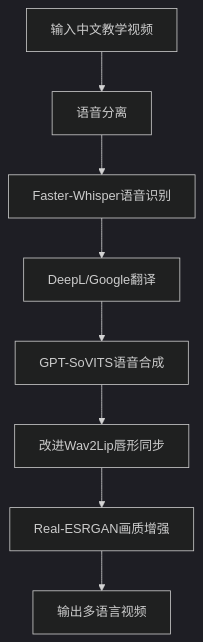
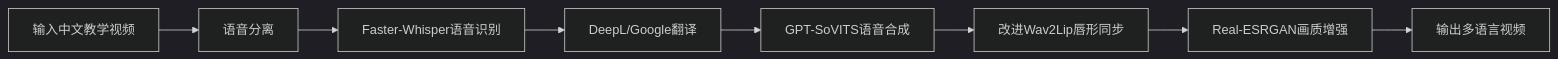
The diagram in README.md (WZH5127/MLVS), drawn with Mermaid (dark theme) before and after one commit.

````diff
--- a/README.md
+++ b/README.md
@@ -16,10 +16,10 @@
 ```mermaid
-graph TD
+graph LR
     A[输入中文教学视频] --> B[语音分离]
     B --> C[Faster-Whisper语音识别]
     C --> D[DeepL/Google翻译]
     D --> E[GPT-SoVITS语音合成]
     E --> F[改进Wav2Lip唇形同步]
     F --> G[Real-ESRGAN画质增强]
     G --> H[输出多语言视频]
 ```
````
